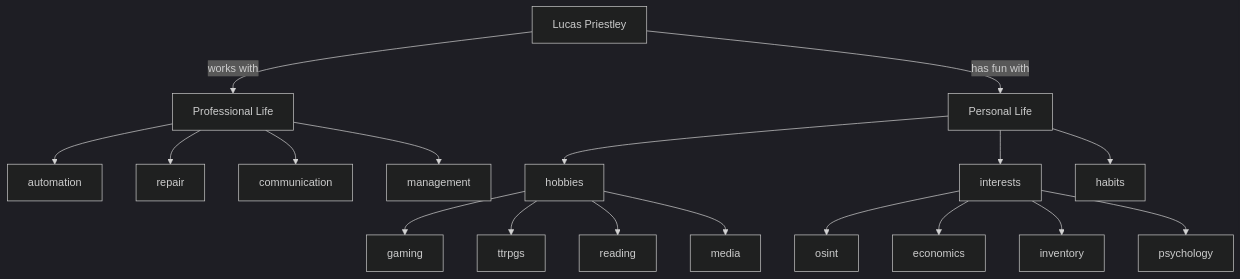
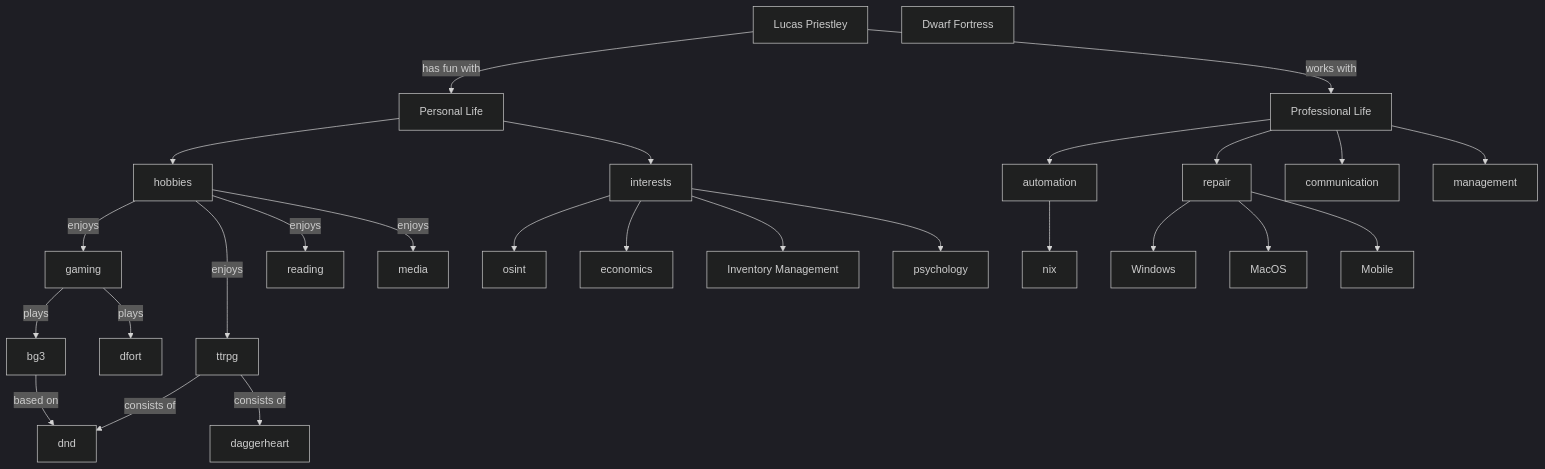
The first of 2 diagrams in docs/index.qmd (freylint/twoat), drawn with Mermaid (dark theme) before and after one commit.

Commit message:
Update concept chart

````diff
--- a/docs/index.qmd
+++ b/docs/index.qmd
@@ -9,19 +9,31 @@
 ```{mermaid}
 flowchart
   me[Lucas Priestley]
   prof[Professional Life]
   pers[Personal Life]
 
+  inv[Inventory Management]
+
+  df[Dwarf Fortress]
+
   me -->|has fun with| pers
   me -->|works with| prof
 
   prof --> automation & repair & communication & management
+
+  automation --> nix
+
+  repair --> Windows & MacOS & Mobile
   
-  pers --> hobbies & interests & habits
+  pers --> hobbies & interests
 
-  hobbies --> gaming & ttrpgs & reading & media
+  hobbies -->|enjoys| gaming & ttrpg & reading & media
 
-  interests --> osint & economics & inventory & psychology
+  ttrpg -->|consists of| dnd & daggerheart
 
+  gaming -->|plays| bg3 & dfort
 
+  bg3 -->|based on| dnd
+
+  interests --> osint & economics & inv & psychology
 ```
````
